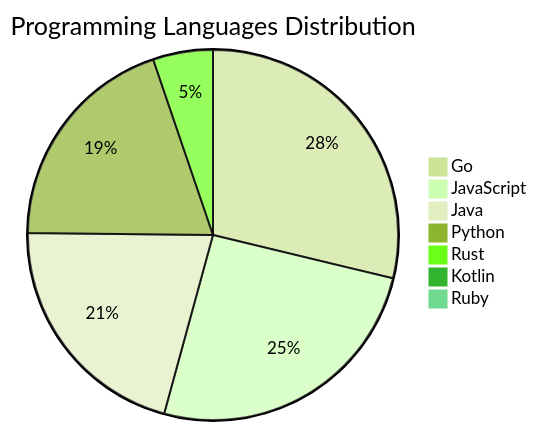
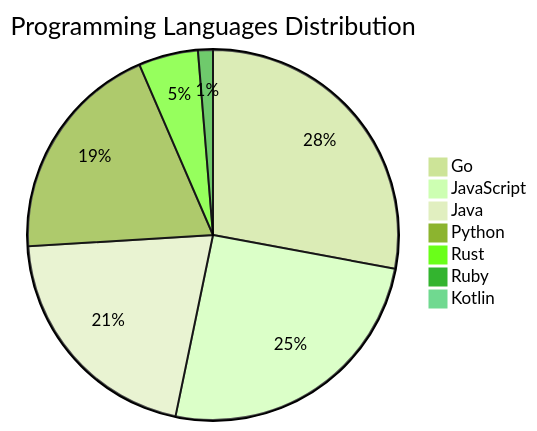
The diagram in README.md (Derrick-MUGISHA/github-activity-bot), drawn with Mermaid (forest theme) before and after one commit. The commit also changed other lines of this file and 4 other files, not shown here.

````diff
--- a/README.md
+++ b/README.md
@@ -207,10 +207,10 @@
 ```mermaid
 pie title Programming Languages Distribution
-    "Go" : 44
+    "Go" : 43
     "JavaScript" : 39
     "Java" : 32
     "Python" : 30
     "Rust" : 8
+    "Ruby" : 2
     "Kotlin" : 1
-    "Ruby" : 1
 ```
````
